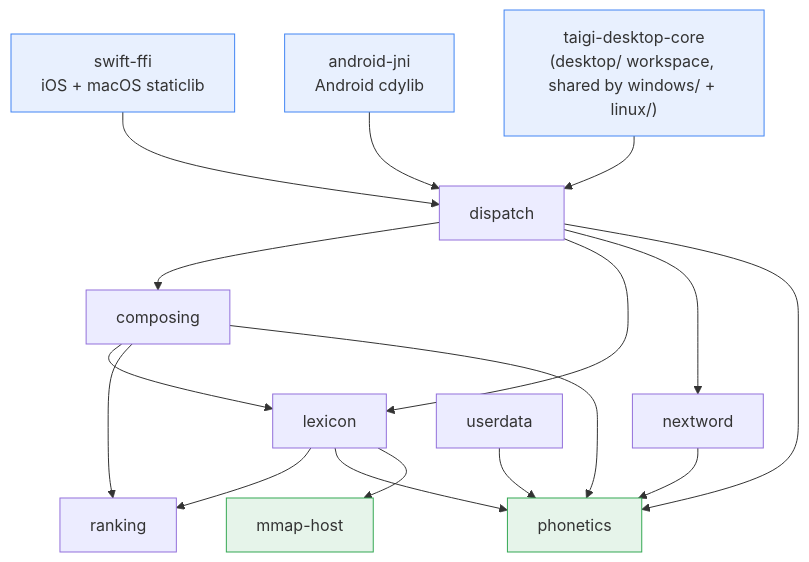
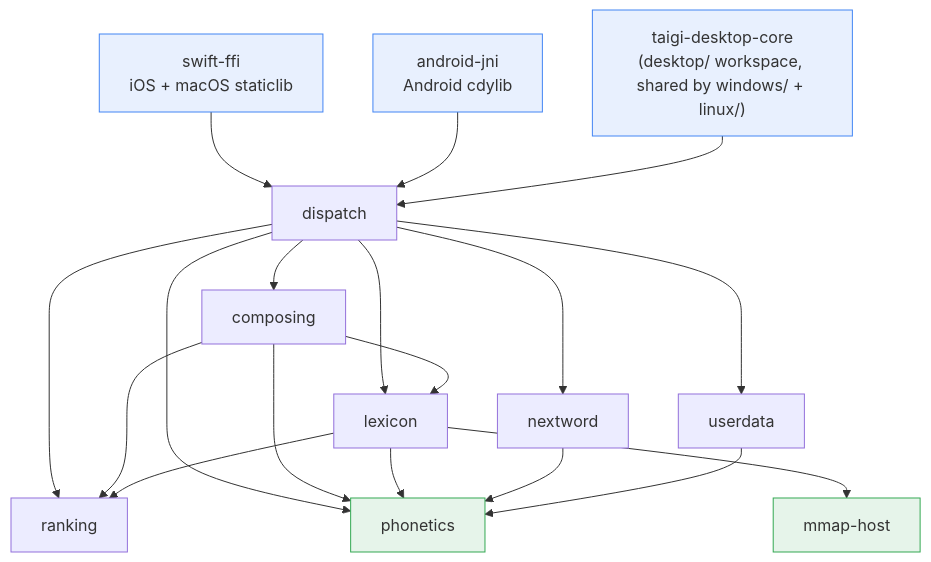
The second of 4 diagrams in docs/architecture/system-overview.md (yapinxxx/taigikeyboard), drawn with Mermaid before and after one commit. The commit also changed other lines of this file and 1 other file, not shown here.

First line of the commit message:
docs(architecture): system-overview + invariants drift

````diff
--- a/docs/architecture/system-overview.md
+++ b/docs/architecture/system-overview.md
@@ -65,23 +69,25 @@
 ```mermaid
 graph TD
     swiftffi["swift-ffi<br/>iOS + macOS staticlib"] --> dispatch
     androidjni["android-jni<br/>Android cdylib"] --> dispatch
     wincore["taigi-desktop-core<br/>(desktop/ workspace, shared by windows/ + linux/)"] --> dispatch
     dispatch --> composing
     dispatch --> lexicon
     dispatch --> nextword
+    dispatch --> ranking
+    dispatch --> userdata
     dispatch --> phonetics
     composing --> lexicon
     composing --> ranking
     composing --> phonetics
     lexicon --> ranking
     lexicon --> phonetics
     lexicon --> mmaphost["mmap-host"]
     nextword --> phonetics
     userdata --> phonetics
 
     classDef adapter fill:#e8f0fe,stroke:#4285f4;
     classDef leaf fill:#e6f4ea,stroke:#34a853;
     class swiftffi,androidjni,wincore adapter;
     class phonetics,mmaphost leaf;
 ```
````
